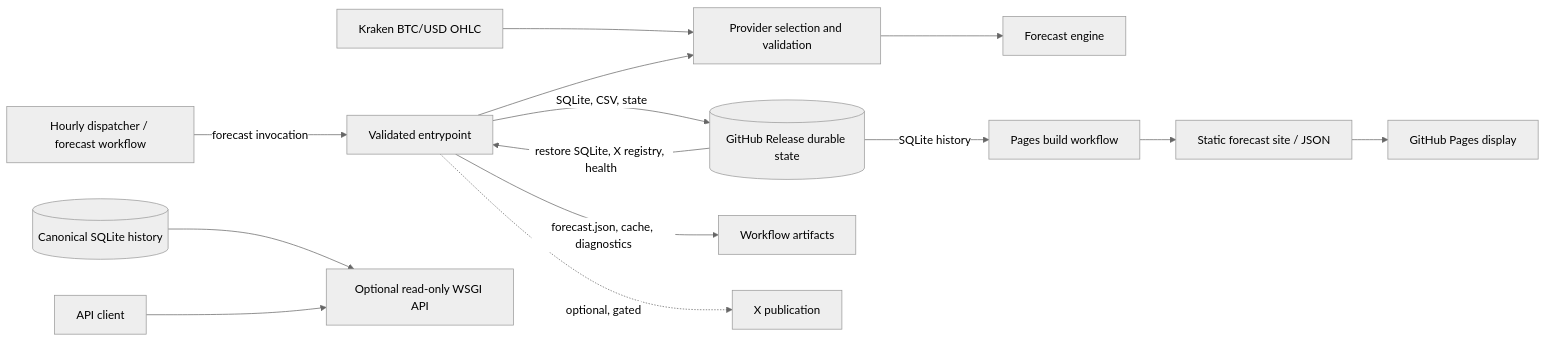
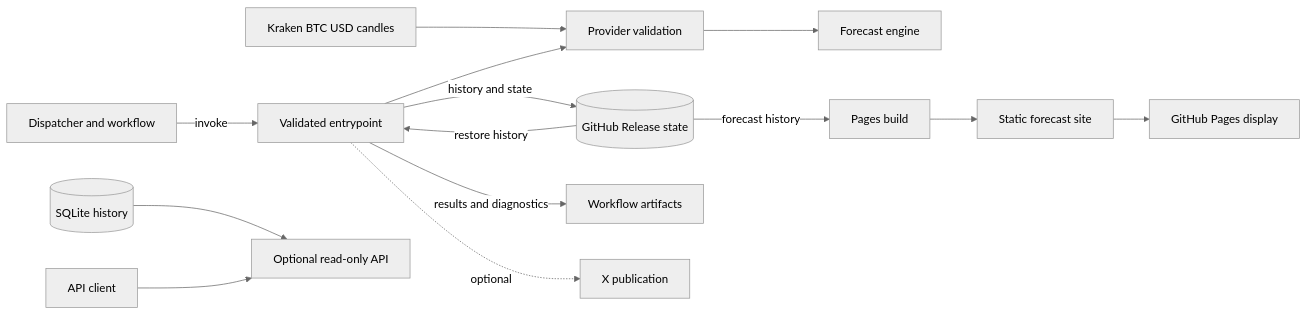
One commit to jpfelgueiras/btc-timesfm changed the first of 2 diagrams in docs/forecasting.md. Above: the diagram before and after it, drawn with Mermaid (neutral theme). The commit also changed other lines of this file and 6 other files, not shown here.

````diff
--- a/docs/forecasting.md
+++ b/docs/forecasting.md
@@ -11,16 +11,16 @@
 ```mermaid
 flowchart LR
-  Scheduler[Hourly dispatcher / forecast workflow] -->|forecast invocation| Runner[Validated entrypoint]
-  Kraken[Kraken BTC/USD OHLC] --> Validate[Provider selection and validation]
+  Scheduler[Dispatcher and workflow] -->|invoke| Runner[Validated entrypoint]
+  Kraken[Kraken BTC USD candles] --> Validate[Provider validation]
   Runner --> Validate
   Validate --> Engine[Forecast engine]
-  Release[(GitHub Release durable state)] -->|restore SQLite, X registry, health| Runner
-  Runner -->|forecast.json, cache, diagnostics| Artifacts[Workflow artifacts]
-  Runner -->|SQLite, CSV, state| Release
-  Runner -. optional, gated .-> X[X publication]
-  Release -->|SQLite history| PagesBuild[Pages build workflow]
-  PagesBuild --> Static[Static forecast site / JSON]
+  Release[(GitHub Release state)] -->|restore history| Runner
+  Runner -->|results and diagnostics| Artifacts[Workflow artifacts]
+  Runner -->|history and state| Release
+  Runner -. optional .-> X[X publication]
+  Release -->|forecast history| PagesBuild[Pages build]
+  PagesBuild --> Static[Static forecast site]
   Static --> Browser[GitHub Pages display]
-  SQLite[(Canonical SQLite history)] --> WSGI[Optional read-only WSGI API]
+  SQLite[(SQLite history)] --> WSGI[Optional read-only API]
   APIClient[API client] --> WSGI
 ```
````
